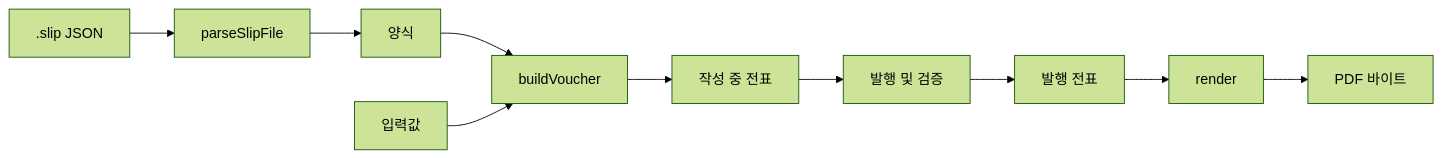
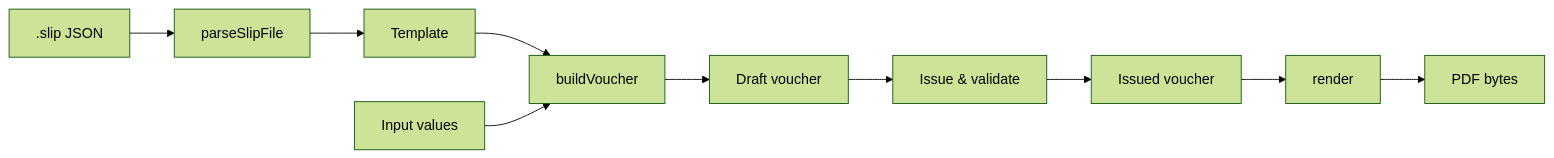
Before and after one commit to open-my-dev-com/drawing-report: the diagram in docs/guide/core.md, drawn with Mermaid (forest theme). The commit also changed other lines of this file and 52 other files, not shown here.

````diff
--- a/docs/guide/core.md
+++ b/docs/guide/core.md
@@ -24,12 +24,12 @@
 ```mermaid
 flowchart LR
     A[".slip JSON"] --> B["parseSlipFile"]
-    B --> C["양식"]
+    B --> C["Template"]
     C --> D["buildVoucher"]
-    E["입력값"] --> D
-    D --> F["작성 중 전표"]
-    F --> G["발행 및 검증"]
-    G --> H["발행 전표"]
+    E["Input values"] --> D
+    D --> F["Draft voucher"]
+    F --> G["Issue & validate"]
+    G --> H["Issued voucher"]
     H --> I["render"]
-    I --> J["PDF 바이트"]
+    I --> J["PDF bytes"]
 ```
````
